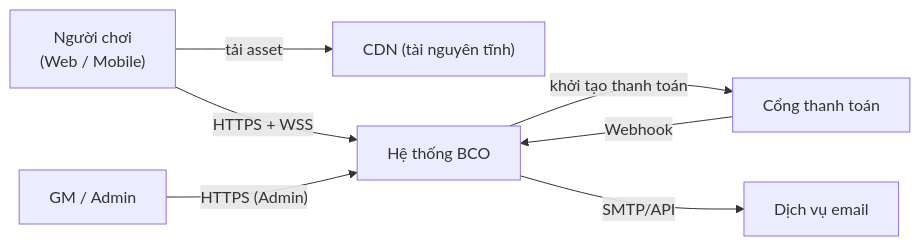
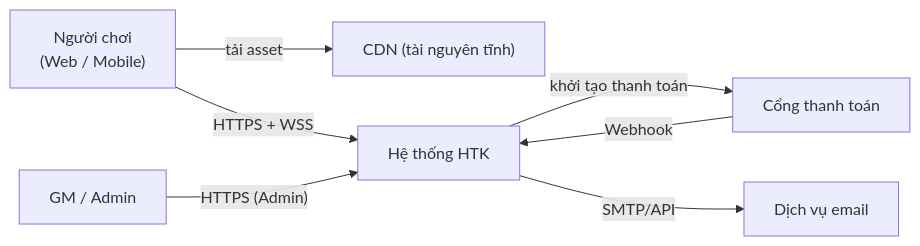
The first of 5 diagrams in docs/architecture/system-architecture.md (thehuygnouhk/game-2d), drawn with Mermaid before and after one commit. The commit also changed other lines of this file and 35 other files, not shown here.

````diff
--- a/docs/architecture/system-architecture.md
+++ b/docs/architecture/system-architecture.md
@@ -18,15 +18,15 @@
 ```mermaid
 flowchart LR
     Player["Người chơi<br/>(Web / Mobile)"]
     GM["GM / Admin"]
     Pay["Cổng thanh toán"]
     Mail["Dịch vụ email"]
     CDN["CDN (tài nguyên tĩnh)"]
-    BCO["Hệ thống BCO"]
-    Player -->|"HTTPS + WSS"| BCO
+    HTK["Hệ thống HTK"]
+    Player -->|"HTTPS + WSS"| HTK
     Player -->|"tải asset"| CDN
-    GM -->|"HTTPS (Admin)"| BCO
-    Pay -->|"Webhook"| BCO
-    BCO -->|"khởi tạo thanh toán"| Pay
-    BCO -->|"SMTP/API"| Mail
+    GM -->|"HTTPS (Admin)"| HTK
+    Pay -->|"Webhook"| HTK
+    HTK -->|"khởi tạo thanh toán"| Pay
+    HTK -->|"SMTP/API"| Mail
 ```
````
